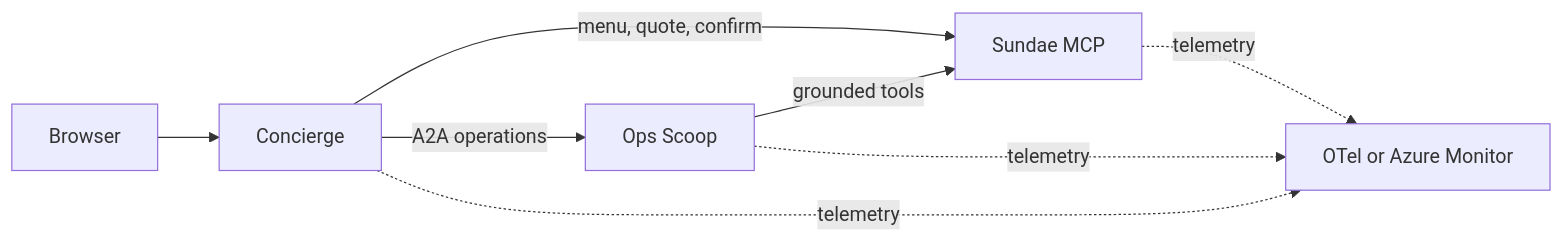
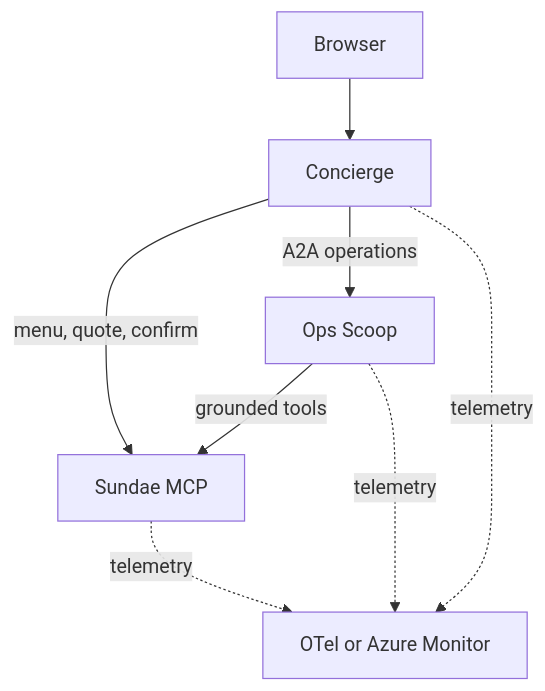
Before and after one commit to pauldotyu/sundae-funday: the diagram in README.md, drawn with Mermaid. The commit also changed other lines of this file and 3 other files, not shown here.

````diff
--- a/README.md
+++ b/README.md
@@ -9,10 +7,10 @@
 ```mermaid
-flowchart LR
+flowchart TD
     Browser --> Concierge
     Concierge -->|menu, quote, confirm| MCP[Sundae MCP]
     Concierge -->|A2A operations| Ops[Ops Scoop]
     Ops -->|grounded tools| MCP
     Concierge -. telemetry .-> Observe[OTel or Azure Monitor]
     Ops -. telemetry .-> Observe
     MCP -. telemetry .-> Observe
 ```
````
